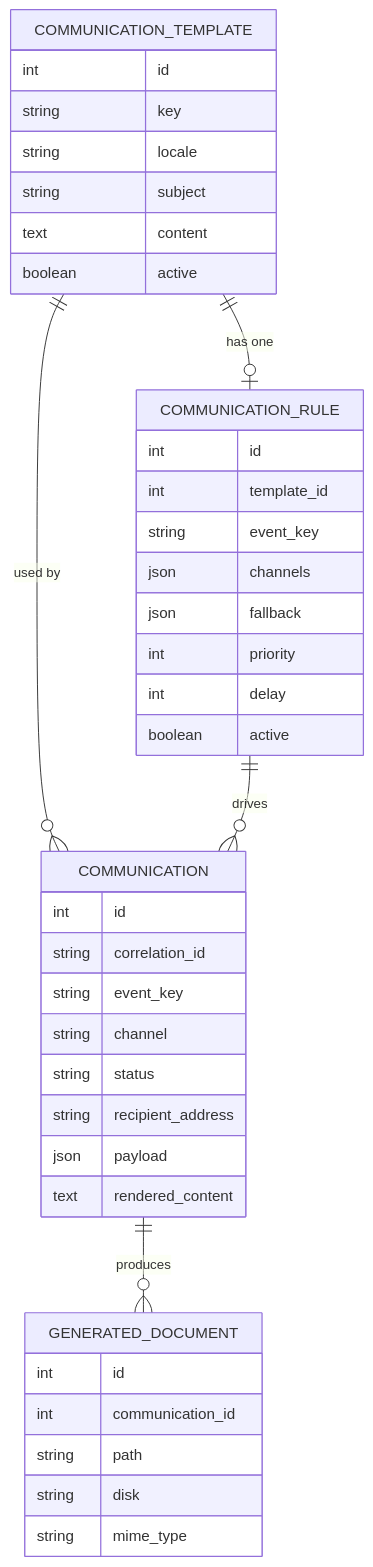
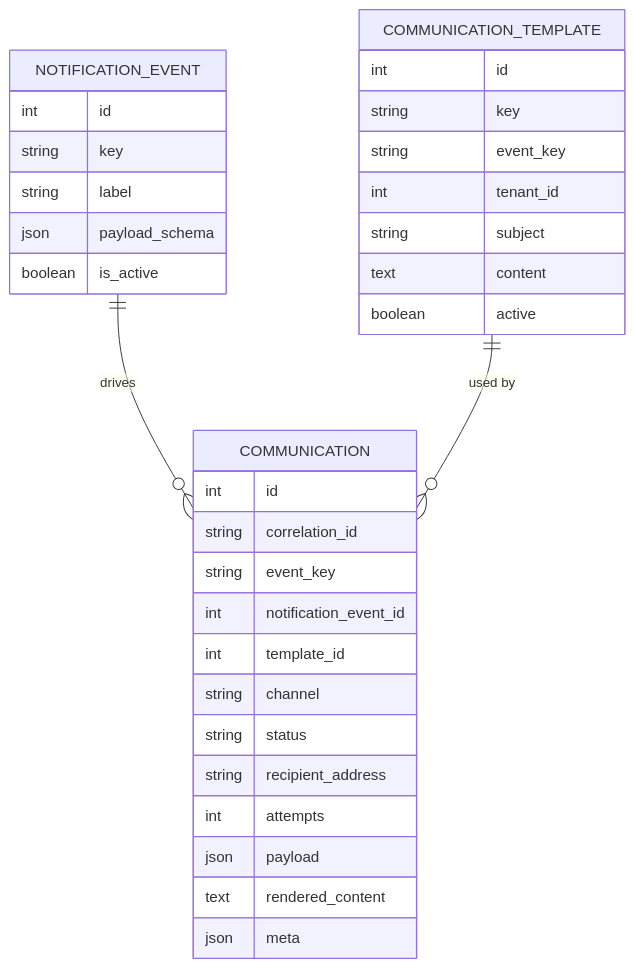
One commit to Alex-Saba/notificationmanager changed the seventh of 7 diagrams in docs/DIAGRAMS.md. Above: the diagram before and after it, drawn with Mermaid. The commit also changed other lines of this file and 5 other files, not shown here.

````diff
--- a/docs/DIAGRAMS.md
+++ b/docs/DIAGRAMS.md
@@ -137,46 +133,38 @@
 ```mermaid
 erDiagram
-    COMMUNICATION_TEMPLATE ||--o| COMMUNICATION_RULE : "has one"
+    NOTIFICATION_EVENT ||--o{ COMMUNICATION : "drives"
     COMMUNICATION_TEMPLATE ||--o{ COMMUNICATION : "used by"
-    COMMUNICATION_RULE ||--o{ COMMUNICATION : "drives"
-    COMMUNICATION ||--o{ GENERATED_DOCUMENT : "produces"
+
+    NOTIFICATION_EVENT {
+        int id
+        string key
+        string label
+        json payload_schema
+        boolean is_active
+    }
 
     COMMUNICATION_TEMPLATE {
         int id
         string key
-        string locale
+        string event_key
+        int tenant_id
         string subject
         text content
-        boolean active
-    }
-
-    COMMUNICATION_RULE {
-        int id
-        int template_id
-        string event_key
-        json channels
-        json fallback
-        int priority
-        int delay
         boolean active
     }
 
     COMMUNICATION {
         int id
         string correlation_id
         string event_key
+        int notification_event_id
+        int template_id
         string channel
         string status
         string recipient_address
+        int attempts
         json payload
         text rendered_content
-    }
-
-    GENERATED_DOCUMENT {
-        int id
-        int communication_id
-        string path
-        string disk
-        string mime_type
+        json meta
     }
 ```
````
